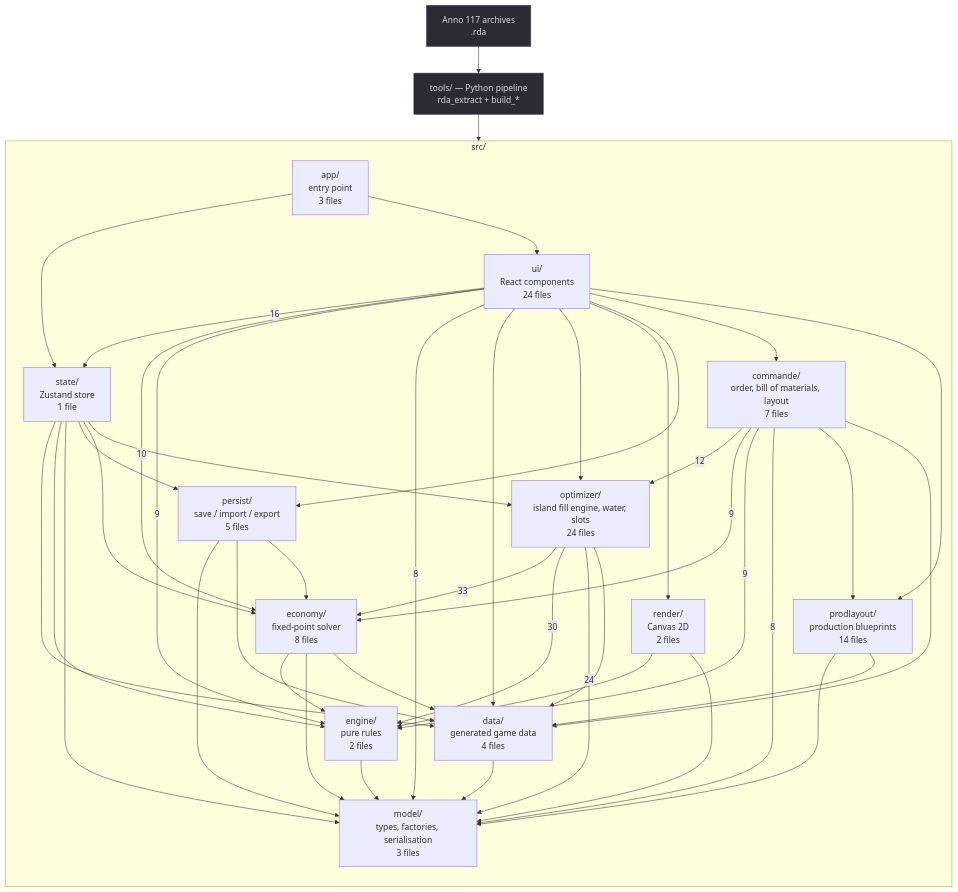
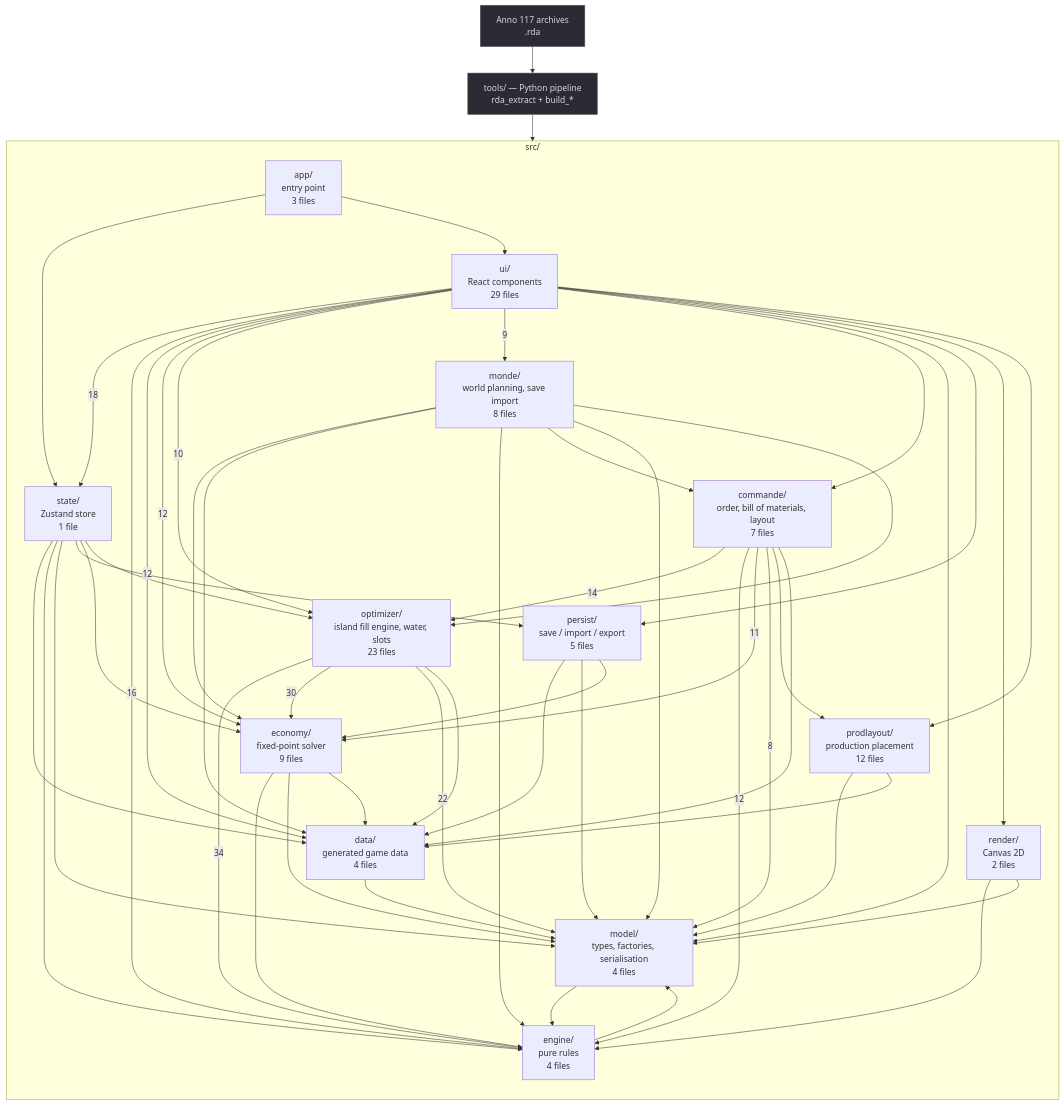
The diagram in README.md (MaissaRemi/anno117-designer), drawn with Mermaid before and after one commit. The commit also changed other lines of this file and 8 other files, not shown here.

````diff
--- a/README.md
+++ b/README.md
@@ -193,66 +212,75 @@
 ```mermaid
 flowchart TD
   RDA["Anno 117 archives<br/>.rda"]
   PY["tools/ — Python pipeline<br/>rda_extract + build_*"]
 
   subgraph app_["src/"]
     direction TB
-    model["model/<br/>types, factories, serialisation<br/>3 files"]
-    engine["engine/<br/>pure rules<br/>2 files"]
-    economy["economy/<br/>fixed-point solver<br/>8 files"]
+    model["model/<br/>types, factories, serialisation<br/>4 files"]
+    engine["engine/<br/>pure rules<br/>4 files"]
+    economy["economy/<br/>fixed-point solver<br/>9 files"]
     commande["commande/<br/>order, bill of materials, layout<br/>7 files"]
-    prodlayout["prodlayout/<br/>production blueprints<br/>14 files"]
-    optimizer["optimizer/<br/>island fill engine, water, slots<br/>24 files"]
+    prodlayout["prodlayout/<br/>production placement<br/>12 files"]
+    optimizer["optimizer/<br/>island fill engine, water, slots<br/>23 files"]
+    monde["monde/<br/>world planning, save import<br/>8 files"]
     data["data/<br/>generated game data<br/>4 files"]
     state["state/<br/>Zustand store<br/>1 file"]
     render["render/<br/>Canvas 2D<br/>2 files"]
     persist["persist/<br/>save / import / export<br/>5 files"]
-    ui["ui/<br/>React components<br/>24 files"]
+    ui["ui/<br/>React components<br/>29 files"]
     app["app/<br/>entry point<br/>3 files"]
   end
 
   RDA --> PY --> data
-  optimizer --> |"33"| economy
-  optimizer --> |"30"| engine
-  optimizer --> |"24"| model
-  ui --> |"16"| state
-  commande --> |"12"| optimizer
-  ui --> |"10"| economy
-  commande --> |"9"| economy
-  commande --> |"9"| engine
-  ui --> |"9"| engine
+  optimizer --> |"34"| engine
+  optimizer --> |"30"| economy
+  optimizer --> |"22"| model
+  ui --> |"18"| state
+  ui --> |"16"| engine
+  commande --> |"14"| optimizer
+  commande --> |"12"| engine
+  ui --> |"12"| data
+  ui --> |"12"| economy
+  commande --> |"11"| economy
+  ui --> |"10"| optimizer
+  ui --> |"9"| monde
   commande --> |"8"| model
-  ui --> |"8"| model
+  ui --> commande
+  ui --> model
+  monde --> economy
+  commande --> prodlayout
+  engine --> model
+  monde --> data
+  monde --> engine
   optimizer --> data
-  ui --> data
-  ui --> optimizer
-  commande --> prodlayout
-  ui --> render
-  ui --> persist
+  prodlayout --> model
+  economy --> engine
+  monde --> commande
+  monde --> model
+  persist --> data
   persist --> model
-  prodlayout --> model
   render --> engine
   state --> data
-  ui --> commande
+  state --> engine
+  ui --> persist
   data --> model
-  economy --> engine
   economy --> model
-  engine --> model
-  persist --> data
   render --> model
-  state --> engine
   state --> model
   state --> persist
-  ui --> prodlayout
+  ui --> render
   app --> state
   app --> ui
   commande --> data
   economy --> data
+  model --> engine
+  monde --> optimizer
   persist --> economy
   prodlayout --> data
   state --> economy
   state --> optimizer
+  ui --> prodlayout
 
   classDef ext fill:#2b2b33,stroke:#55555f,color:#d8d6df;
   class RDA,PY ext;
 ```
````
